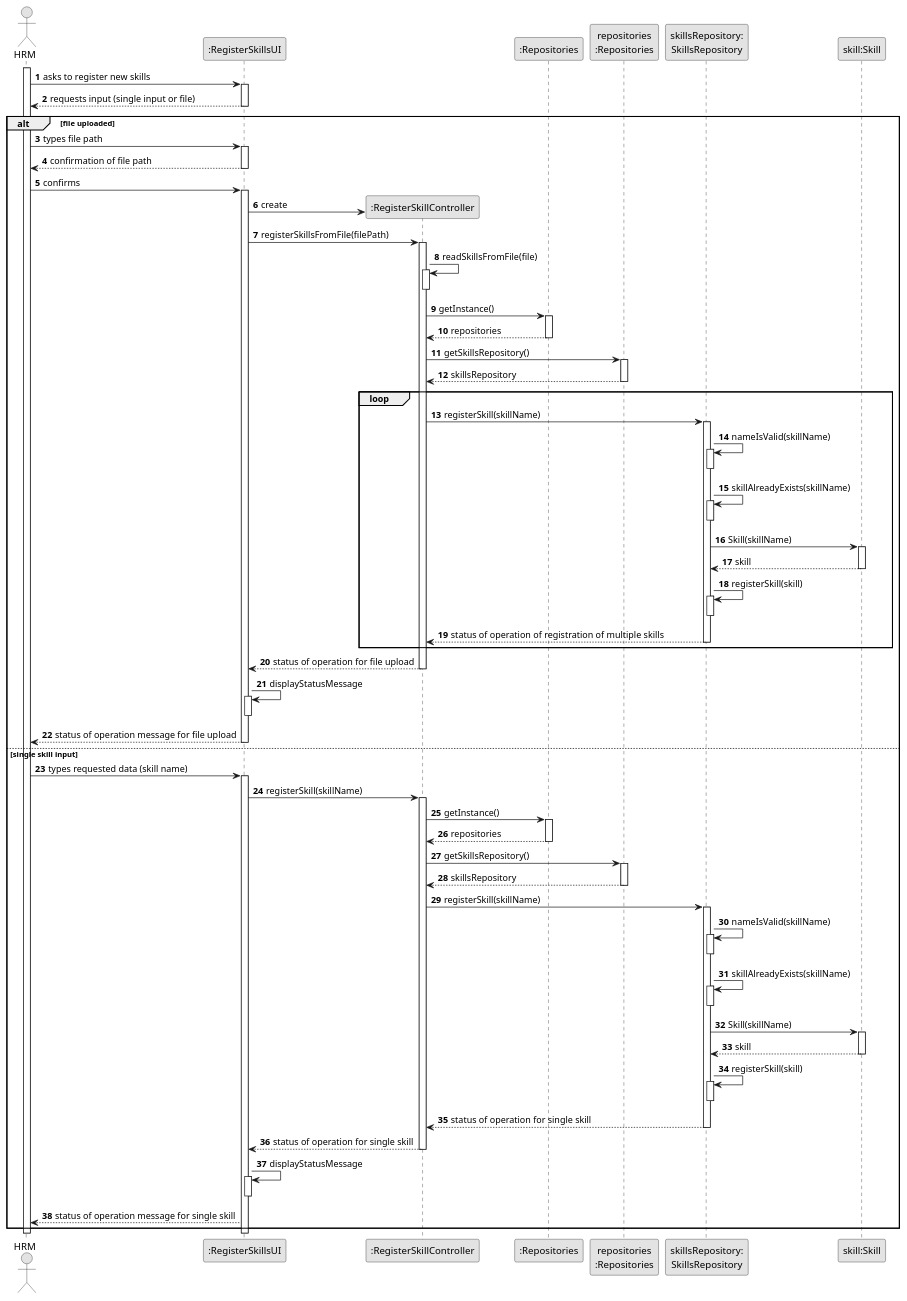
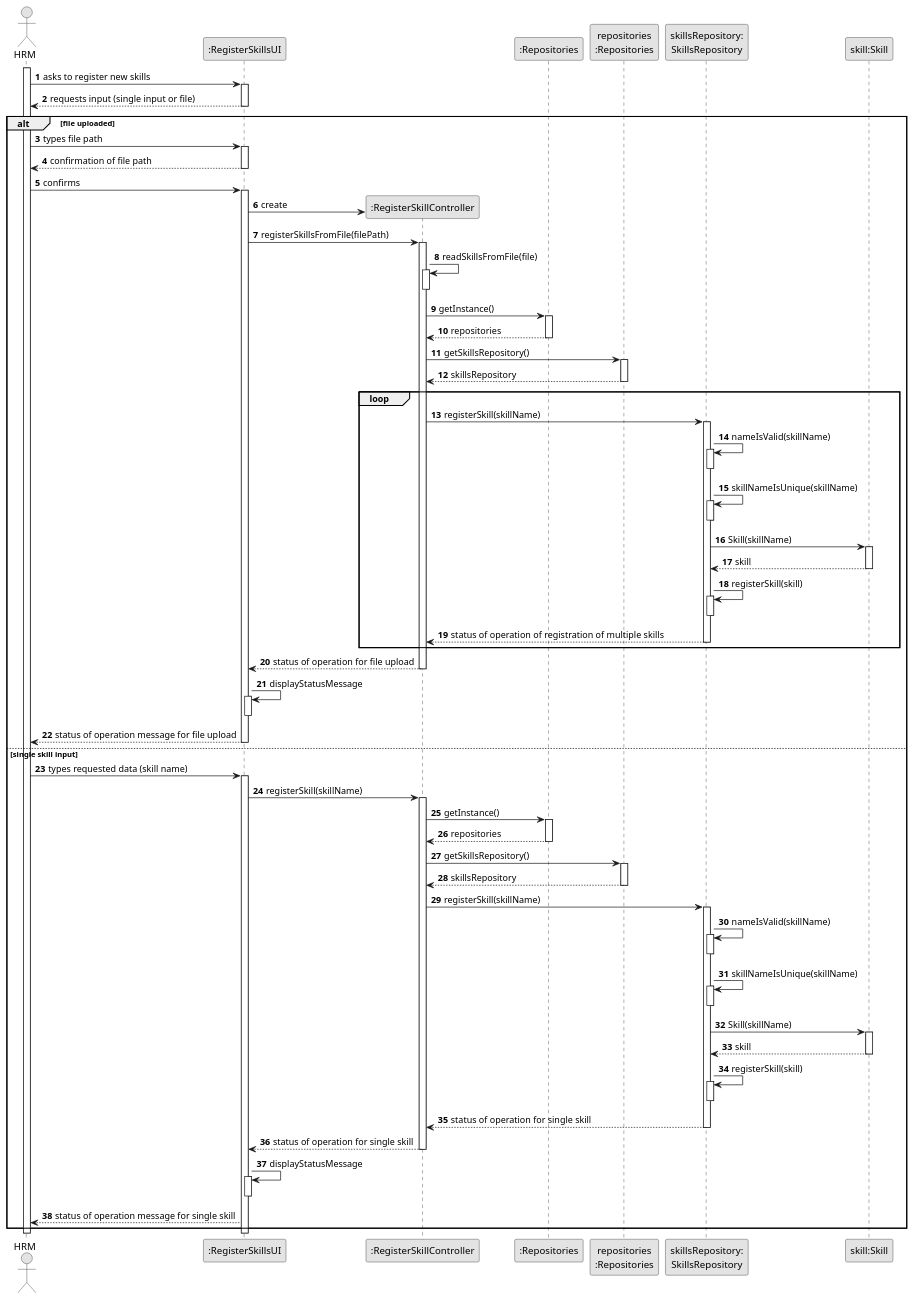
One commit to Departamento-de-Engenharia-Informatica/lei-24-s2-1do-g164 changed the diagram in docs/sprintB/us001/03.design/puml/us001-sequence-diagram-fullv2.puml. Above: the diagram before and after it, drawn with PlantUML. The commit also changed 1 other file, not shown here.

Commit message:
US01(docs): class diagram changes and sequence diagram changes for validation of the skill

```diff
--- a/docs/sprintB/us001/03.design/puml/us001-sequence-diagram-fullv2.puml
+++ b/docs/sprintB/us001/03.design/puml/us001-sequence-diagram-fullv2.puml
@@ -1,152 +1,152 @@
 @startuml
 skinparam monochrome true
 skinparam packageStyle rectangle
 skinparam shadowing false
 
 autonumber
 
 'hide footbox
 actor "HRM" as ADM
 participant ":RegisterSkillsUI" as UI
 participant ":RegisterSkillController" as CTRL
 participant ":Repositories" as RepositorySingleton
 participant "repositories\n:Repositories" as PLAT
 participant "skillsRepository:\nSkillsRepository" as skillsRepository
 participant "skill:Skill" as skill
 
 
 activate ADM
 
     ADM -> UI : asks to register new skills
     activate UI
     UI --> ADM : requests input (single input or file)
     deactivate UI
 
 
 
     ' Branch for handling file upload
     alt file uploaded
 
 
 
             ADM -> UI : types file path
             activate UI
 
 
 
             UI --> ADM : confirmation of file path
             deactivate UI
 
             ADM -> UI : confirms
             activate UI
 
             UI -> CTRL** : create
         UI -> CTRL : registerSkillsFromFile(filePath)
         activate CTRL
 
         CTRL -> CTRL : readSkillsFromFile(file)
                 activate CTRL
                 deactivate CTRL
 
         CTRL -> RepositorySingleton : getInstance()
         activate RepositorySingleton
 
         RepositorySingleton --> CTRL: repositories
         deactivate RepositorySingleton
 
         CTRL -> PLAT : getSkillsRepository()
         activate PLAT
 
         PLAT --> CTRL: skillsRepository
         deactivate PLAT
 
         loop
 
         CTRL -> skillsRepository : registerSkill(skillName)
         activate skillsRepository
 
 
         skillsRepository -> skillsRepository : nameIsValid(skillName)
         activate skillsRepository
         deactivate skillsRepository
-        skillsRepository -> skillsRepository : skillAlreadyExists(skillName)
+        skillsRepository -> skillsRepository : skillNameIsUnique(skillName)
         activate skillsRepository
         deactivate skillsRepository
         "skillsRepository" -> skill : Skill(skillName)
         activate skill
         "skillsRepository" <-- skill : skill
         deactivate skill
         skillsRepository -> skillsRepository : registerSkill(skill)
         activate skillsRepository
         deactivate skillsRepository
 
         skillsRepository --> CTRL : status of operation of registration of multiple skills
         deactivate skillsRepository
 
         end
 
         CTRL --> UI : status of operation for file upload
         deactivate CTRL
         UI -> UI : displayStatusMessage
         activate UI
         deactivate UI
 
         UI --> ADM : status of operation message for file upload
         deactivate UI
     else single skill input
 
         ADM -> UI : types requested data (skill name)
             activate UI
 
 
         UI -> CTRL : registerSkill(skillName)
 
 
         activate CTRL
 
         CTRL -> RepositorySingleton : getInstance()
         activate RepositorySingleton
 
         RepositorySingleton --> CTRL: repositories
         deactivate RepositorySingleton
 
         CTRL -> PLAT : getSkillsRepository()
         activate PLAT
 
         PLAT --> CTRL: skillsRepository
         deactivate PLAT
 
         CTRL -> skillsRepository : registerSkill(skillName)
         activate skillsRepository
 
         skillsRepository -> skillsRepository : nameIsValid(skillName)
         activate skillsRepository
         deactivate skillsRepository
-        skillsRepository -> skillsRepository : skillAlreadyExists(skillName)
+        skillsRepository -> skillsRepository : skillNameIsUnique(skillName)
                 activate skillsRepository
                 deactivate skillsRepository
                 "skillsRepository" -> skill : Skill(skillName)
                 activate skill
                 "skillsRepository" <-- skill : skill
                 deactivate skill
                 skillsRepository -> skillsRepository : registerSkill(skill)
                 activate skillsRepository
                 deactivate skillsRepository
         skillsRepository --> CTRL : status of operation for single skill
         deactivate skillsRepository
 
         CTRL --> UI : status of operation for single skill
         deactivate CTRL
 
         UI -> UI : displayStatusMessage
         activate UI
         deactivate UI
 
         UI --> ADM : status of operation message for single skill
     end
 
     deactivate UI
 
 deactivate ADM
 
 @enduml
```
